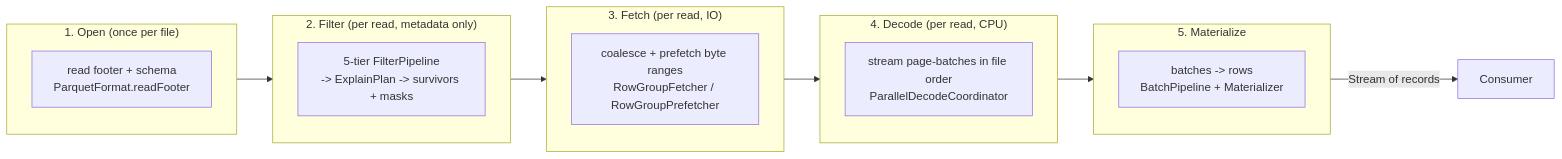
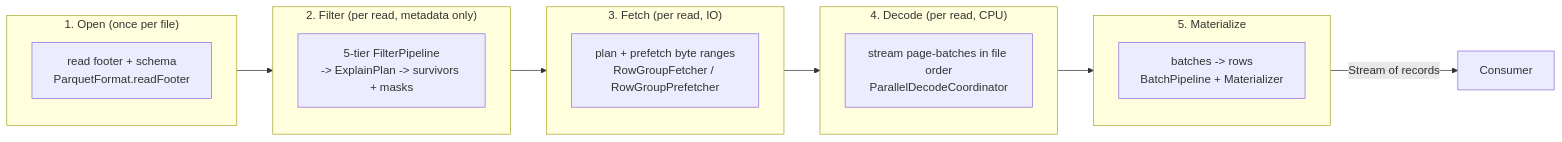
One commit to tileverse-io/parquetry changed the second of 7 diagrams in docs/read-path.md. Above: the diagram before and after it, drawn with Mermaid. The commit also changed other lines of this file and 6 other files, not shown here.

````diff
--- a/docs/read-path.md
+++ b/docs/read-path.md
@@ -45,21 +45,21 @@
 ```mermaid
 flowchart LR
     subgraph open["1. Open (once per file)"]
         footer["read footer + schema<br/>ParquetFormat.readFooter"]
     end
     subgraph filter["2. Filter (per read, metadata only)"]
         pipe["5-tier FilterPipeline<br/>-> ExplainPlan -> survivors + masks"]
     end
     subgraph fetch["3. Fetch (per read, IO)"]
-        pre["coalesce + prefetch byte ranges<br/>RowGroupFetcher / RowGroupPrefetcher"]
+        pre["plan + prefetch byte ranges<br/>RowGroupFetcher / RowGroupPrefetcher"]
     end
     subgraph decode["4. Decode (per read, CPU)"]
         dec["stream page-batches in file order<br/>ParallelDecodeCoordinator"]
     end
     subgraph mat["5. Materialize"]
         out["batches -> rows<br/>BatchPipeline + Materializer"]
     end
 
     open --> filter --> fetch --> decode --> mat
     mat -->|"Stream of records"| consumer["Consumer"]
 ```
````
